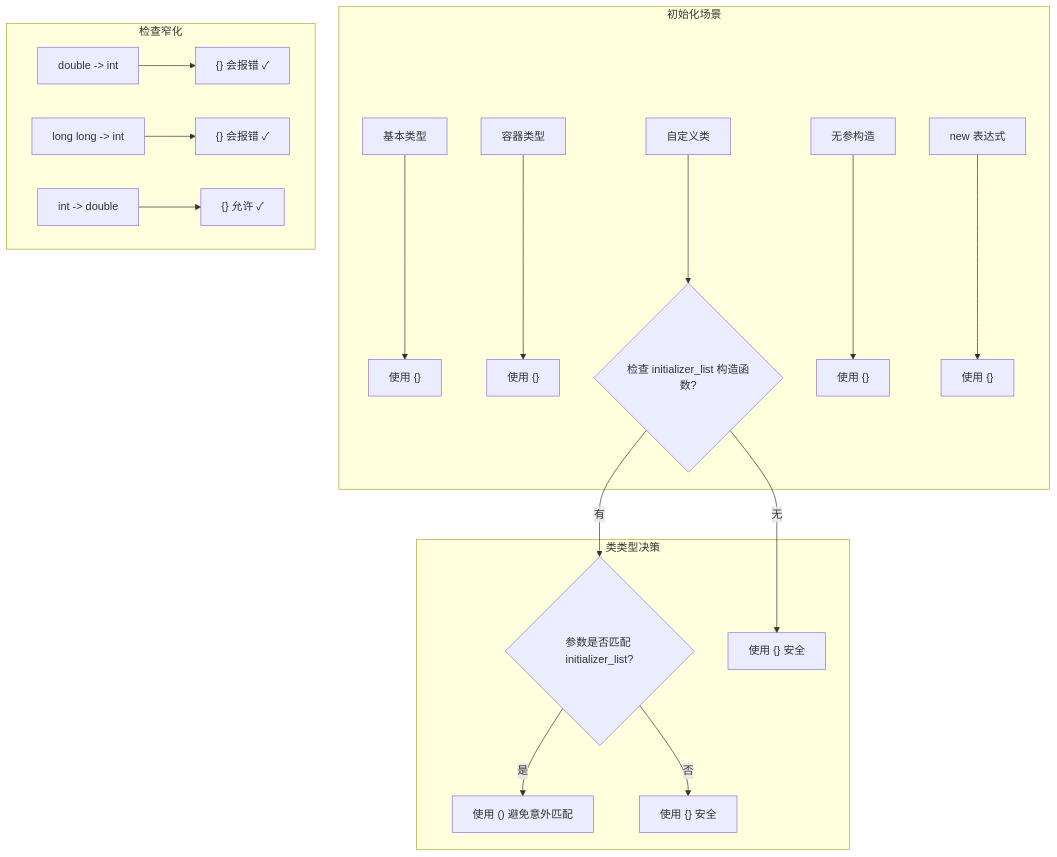
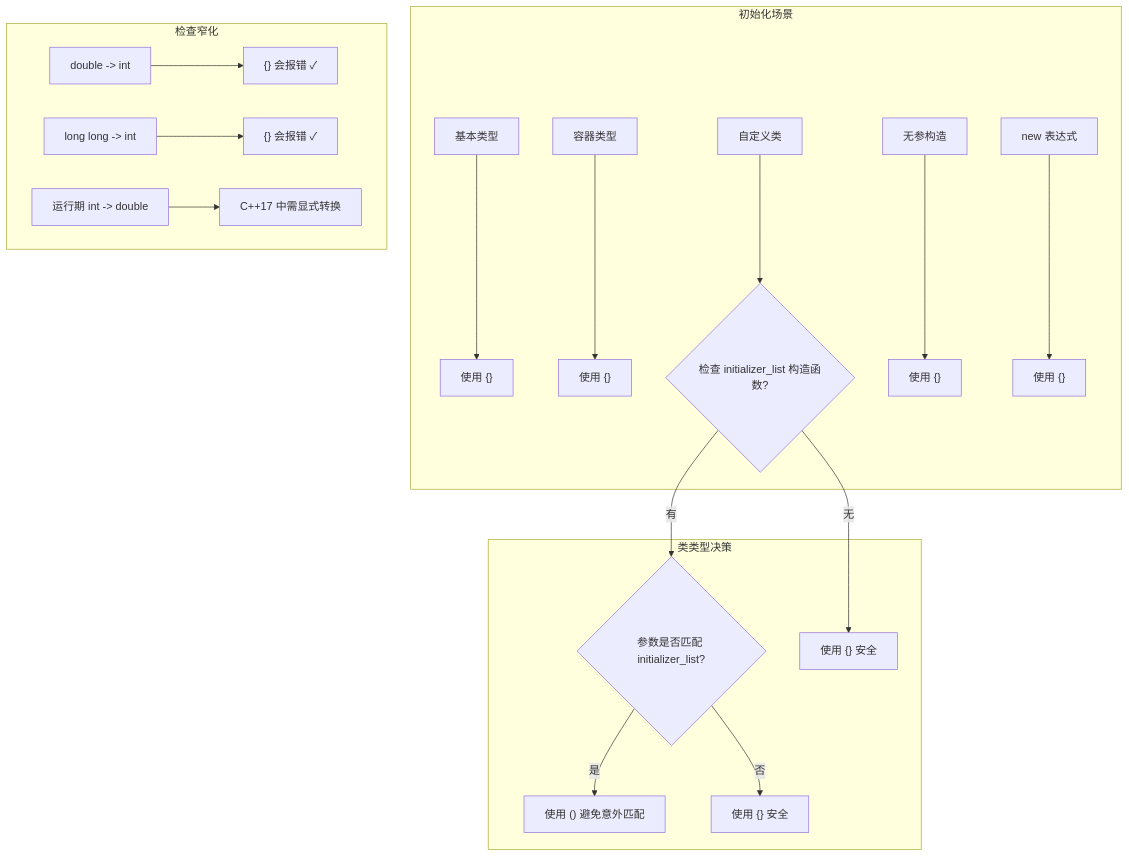
Before and after one commit to mlbo/cpp_learning: the second of 6 diagrams in week_01/day_03/README.md, drawn with Mermaid. The commit also changed other lines of this file and 675 other files, not shown here.

````diff
--- a/week_01/day_03/README.md
+++ b/week_01/day_03/README.md
@@ -222,23 +291,23 @@
 ```mermaid
 flowchart TD
     subgraph 初始化场景
         A1["基本类型"] --> B1["使用 {}"]
         A2["容器类型"] --> B2["使用 {}"]
         A3["自定义类"] --> B3{"检查 initializer_list 构造函数?"}
         A4["无参构造"] --> B4["使用 {}"]
         A5["new 表达式"] --> B5["使用 {}"]
     end
     
     subgraph 类类型决策
         B3 -->|"有"| C1{"参数是否匹配 initializer_list?"}
         B3 -->|"无"| C2["使用 {} 安全"]
         C1 -->|"是"| D1["使用 () 避免意外匹配"]
         C1 -->|"否"| D2["使用 {} 安全"]
     end
     
     subgraph 检查窄化
         E1["double -> int"] --> F1["{} 会报错 ✓"]
         E2["long long -> int"] --> F2["{} 会报错 ✓"]
-        E3["int -> double"] --> F3["{} 允许 ✓"]
+        E3["运行期 int -> double"] --> F3["C++17 中需显式转换"]
     end
 ```
````
